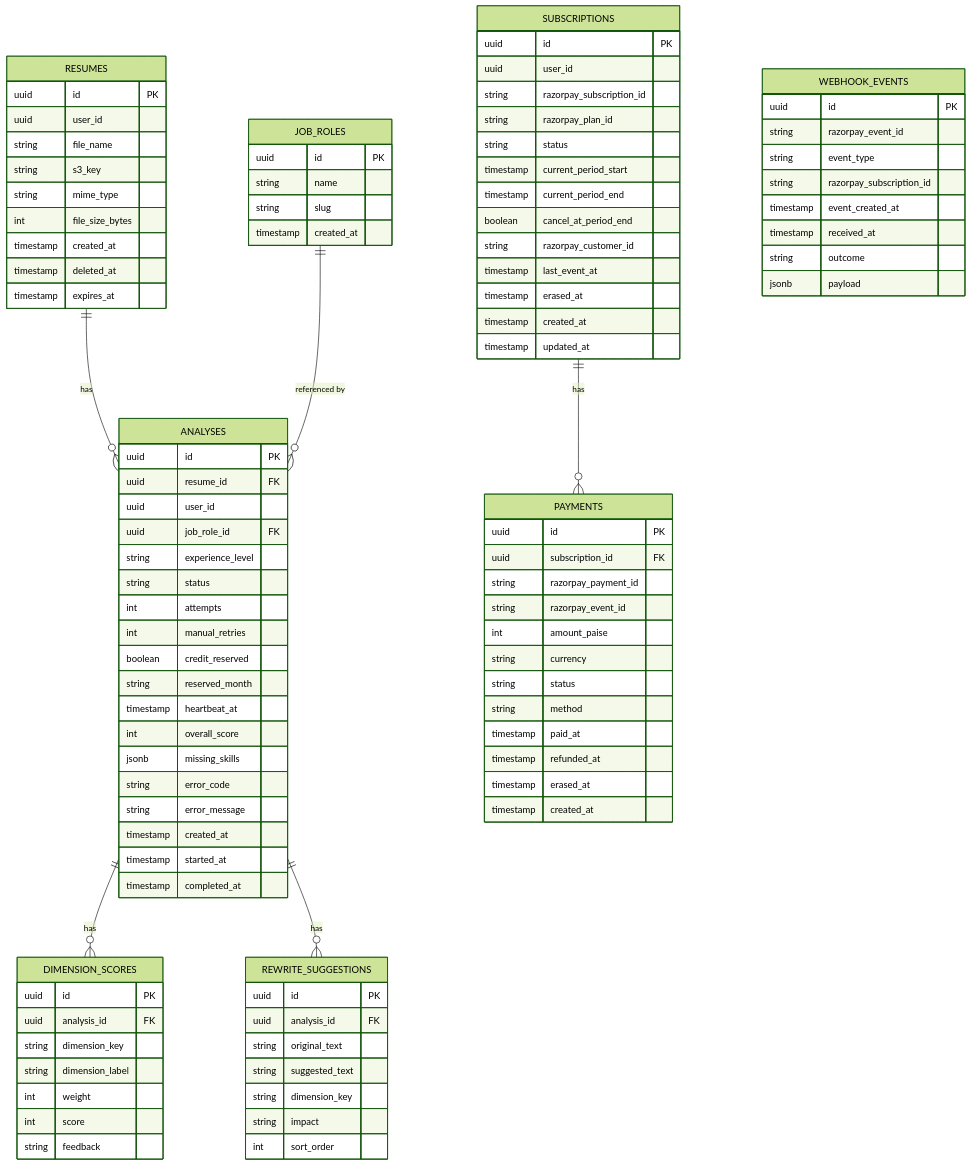
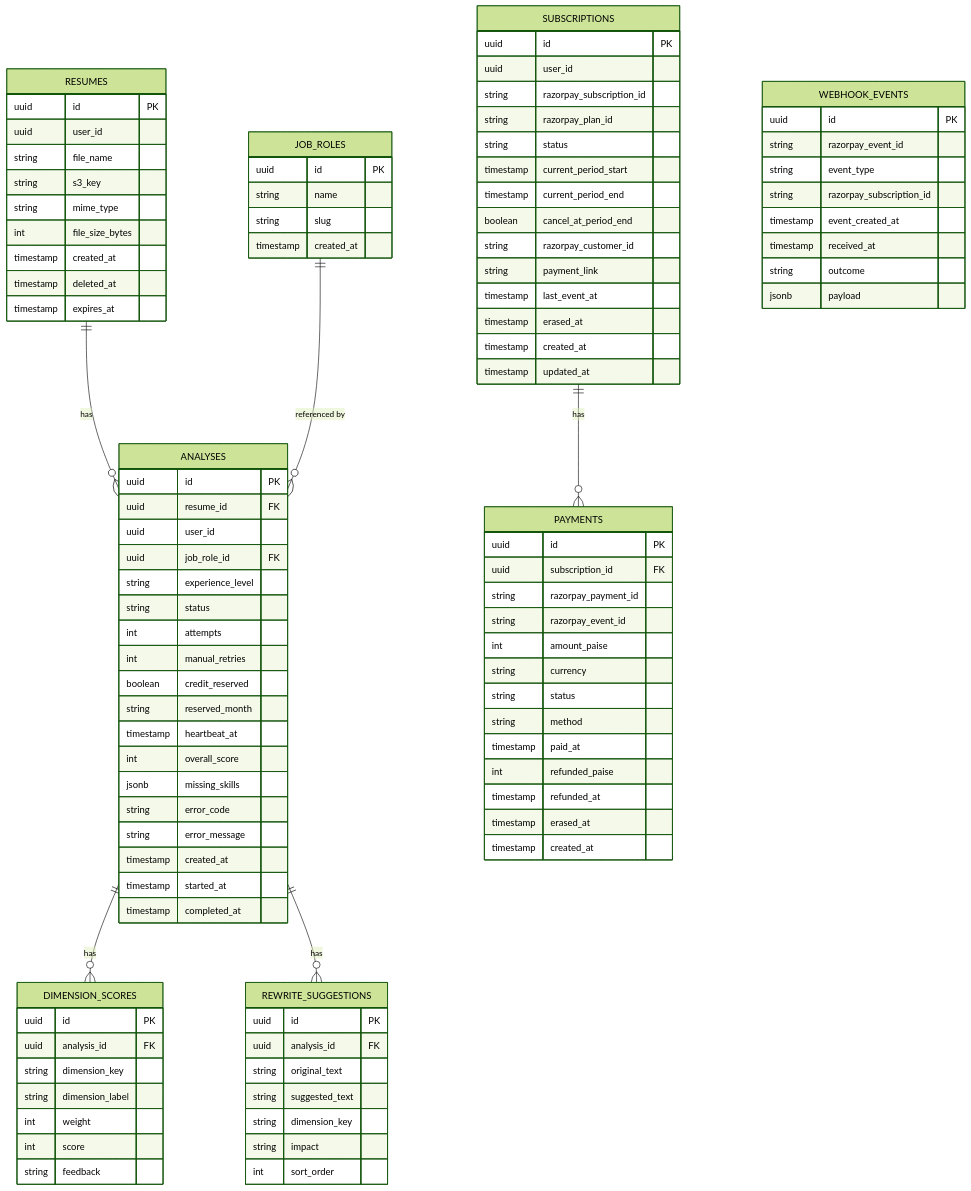
The sixth of 6 diagrams in sovan/spec.md (divii-school/spec-homework), drawn with Mermaid (forest theme) before and after one commit. The commit also changed other lines of this file, not shown here.

```diff
--- a/sovan/spec.md
+++ b/sovan/spec.md
@@ -667,6 +667,7 @@
         timestamp current_period_end
         boolean cancel_at_period_end
         string razorpay_customer_id
+        string payment_link
         timestamp last_event_at
         timestamp erased_at
         timestamp created_at
@@ -683,6 +684,7 @@
         string status
         string method
         timestamp paid_at
+        int refunded_paise
         timestamp refunded_at
         timestamp erased_at
         timestamp created_at
```
